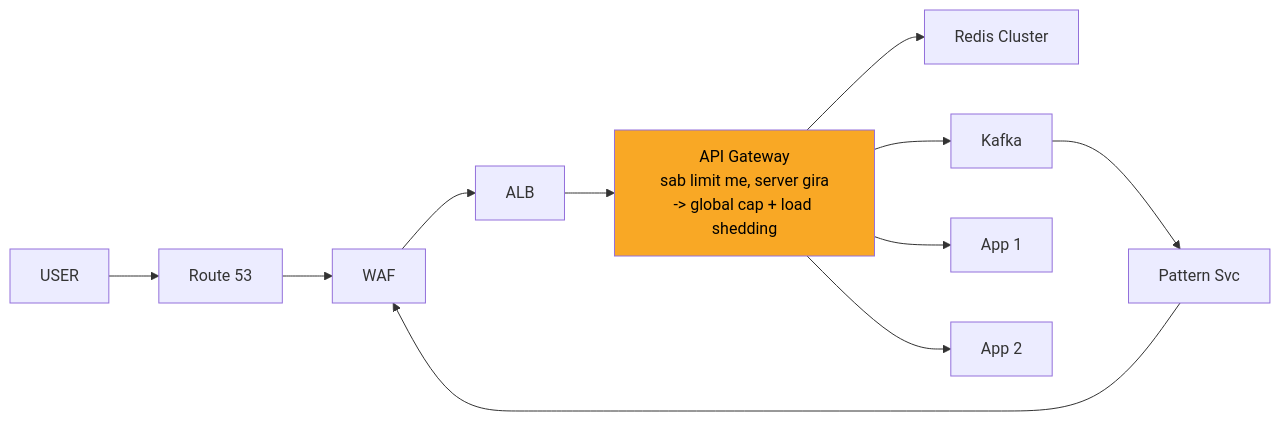
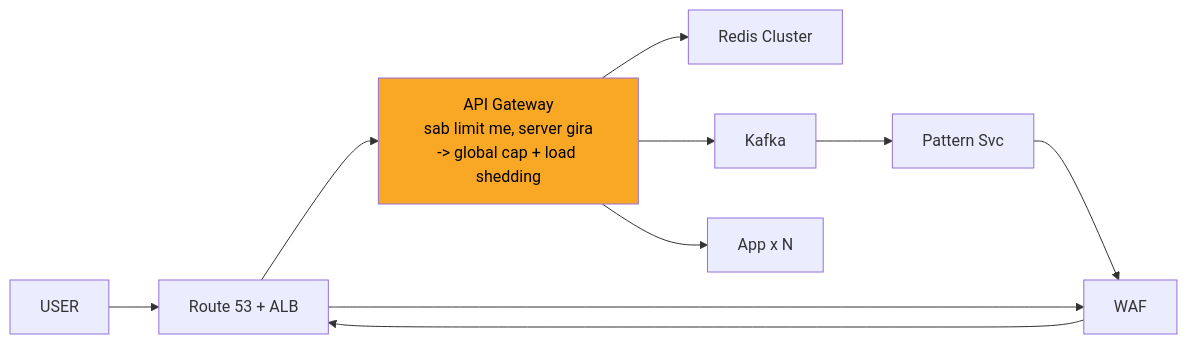
Before and after one commit to ArpanMaheshwari144/Prep: the eighth of 11 diagrams in 04_HLD/SYSTEM_DESIGNS/02_rate_limiter/02_rate_limiter.md, drawn with Mermaid. The commit also changed other lines of this file and 11 other files, not shown here.

Commit message:
hld: card diagrams max 8 boxes (App x N, merged stores/chains; full diagram only in AAKHRI DABBA)

````diff
--- a/04_HLD/SYSTEM_DESIGNS/02_rate_limiter/02_rate_limiter.md
+++ b/04_HLD/SYSTEM_DESIGNS/02_rate_limiter/02_rate_limiter.md
@@ -326,24 +323,21 @@
 ```mermaid
 flowchart LR
     n_USER["USER"]
-    n_Route_53["Route 53"]
-    n_ALB["ALB"]
+    n_EDGE["Route 53 + ALB"]
     n_API_Gateway["API Gateway<br/>sab limit me, server gira<br/>-> global cap + load shedding"]
     n_Redis_Cluster["Redis Cluster"]
     n_Kafka["Kafka"]
     n_Pattern_Svc["Pattern Svc"]
     n_WAF["WAF"]
-    n_App_x_N_1["App 1"]
-    n_App_x_N_2["App 2"]
-    n_ALB --> n_API_Gateway
+    n_App_xN["App x N"]
+    n_EDGE --> n_API_Gateway
     n_API_Gateway --> n_Redis_Cluster
-    n_API_Gateway --> n_App_x_N_1
-    n_API_Gateway --> n_App_x_N_2
+    n_API_Gateway --> n_App_xN
     n_Kafka --> n_Pattern_Svc
     n_Pattern_Svc --> n_WAF
     n_API_Gateway --> n_Kafka
-    n_USER --> n_Route_53
-    n_Route_53 --> n_WAF
-    n_WAF --> n_ALB
+    n_USER --> n_EDGE
+    n_EDGE --> n_WAF
+    n_WAF --> n_EDGE
     style n_API_Gateway fill:#f9a825,color:#000
 ```
````
